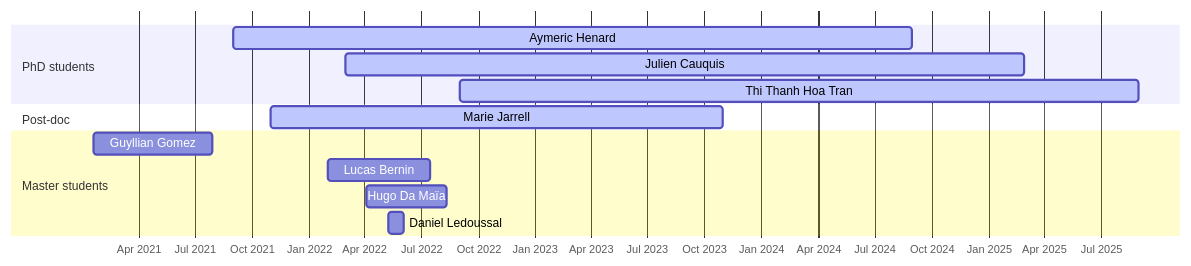
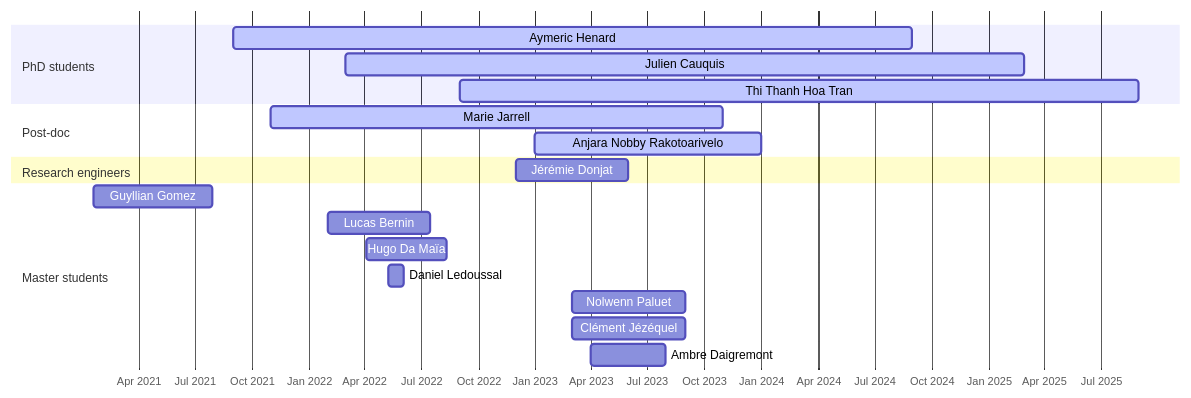
The diagram in content/resume/supervision.md (EPeillard/academic-website), drawn with Mermaid before and after one commit. The commit also changed 2 other files, not shown here.

Commit message:
resume update

```diff
--- a/content/resume/supervision.md
+++ b/content/resume/supervision.md
@@ -14,18 +14,24 @@
 {{< mermaid >}}
   gantt
     dateFormat  YYYY-MM-DD
     axisFormat  %b %Y
     todayMarker off
 
     section PhD students
         Aymeric Henard   : active, aHenard, 2021-09-01, 2024-08-31
         Julien Cauquis   : active, 2022-03-01, 2025-02-28
         Thi Thanh Hoa Tran : active, 2022-09-01, 2025-08-31
     section Post-doc
         Marie Jarrell   : active, 2021-11-01, 2023-10-31
+        Anjara Nobby Rakotoarivelo  : active, 2023-01-01, 2023-12-31
+    section Research engineers
+        Jérémie Donjat  : 2022-12-01, 2023-05-31
     section Master students
         Guyllian Gomez: 2021-01-19, 2021-07-30
         Lucas Bernin: 2022-01-31, 2022-07-15
         Hugo Da Maïa: 2022-04-04, 2022-08-12
         Daniel Ledoussal: 2022-05-09, 2022-06-03
+        Nolwenn Paluet: 2023-03-01, 2023-08-31
+        Clément Jézéquel: 2023-03-01, 2023-08-31
+        Ambre Daigremont: 2023-04-01, 2023-07-31
 {{< /mermaid >}}
```
